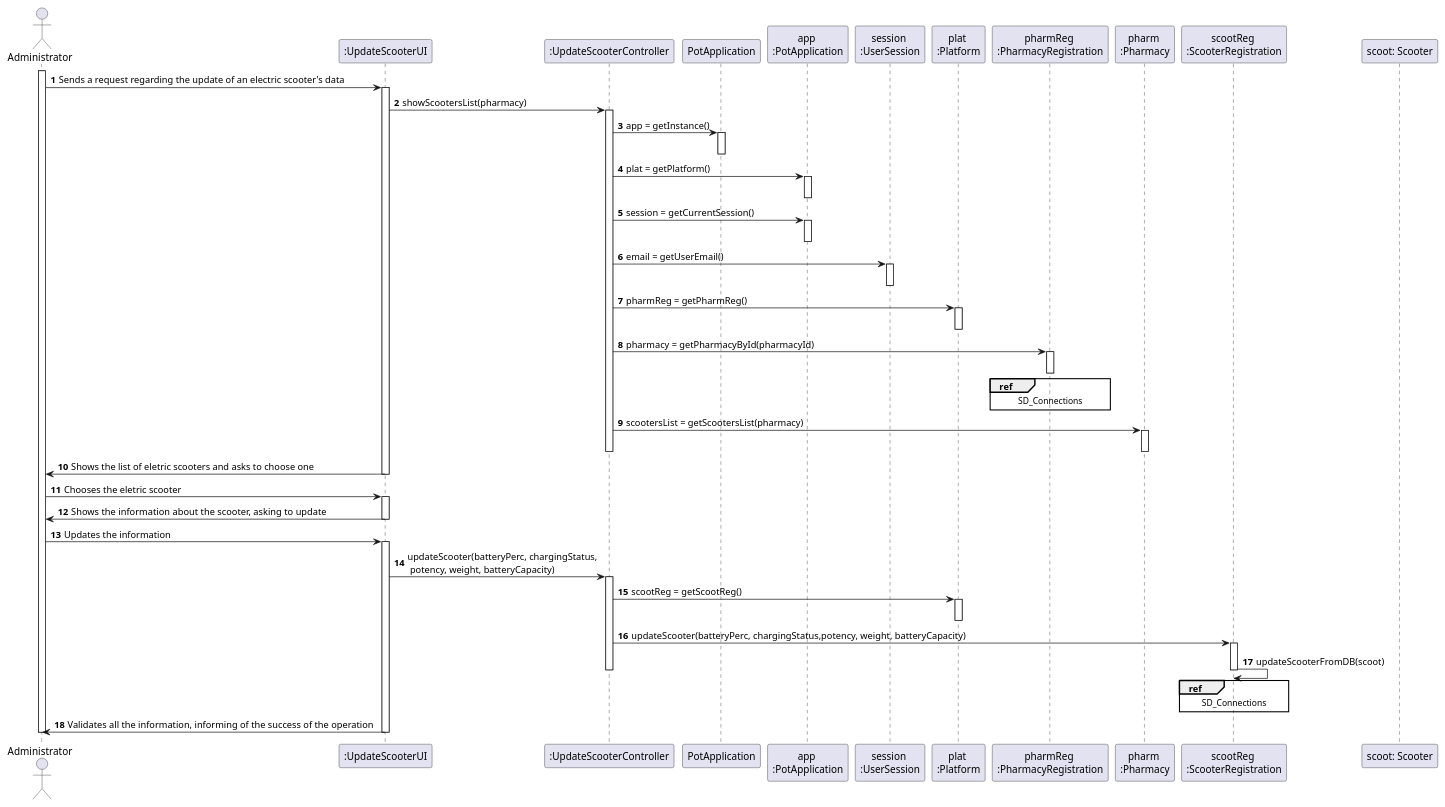
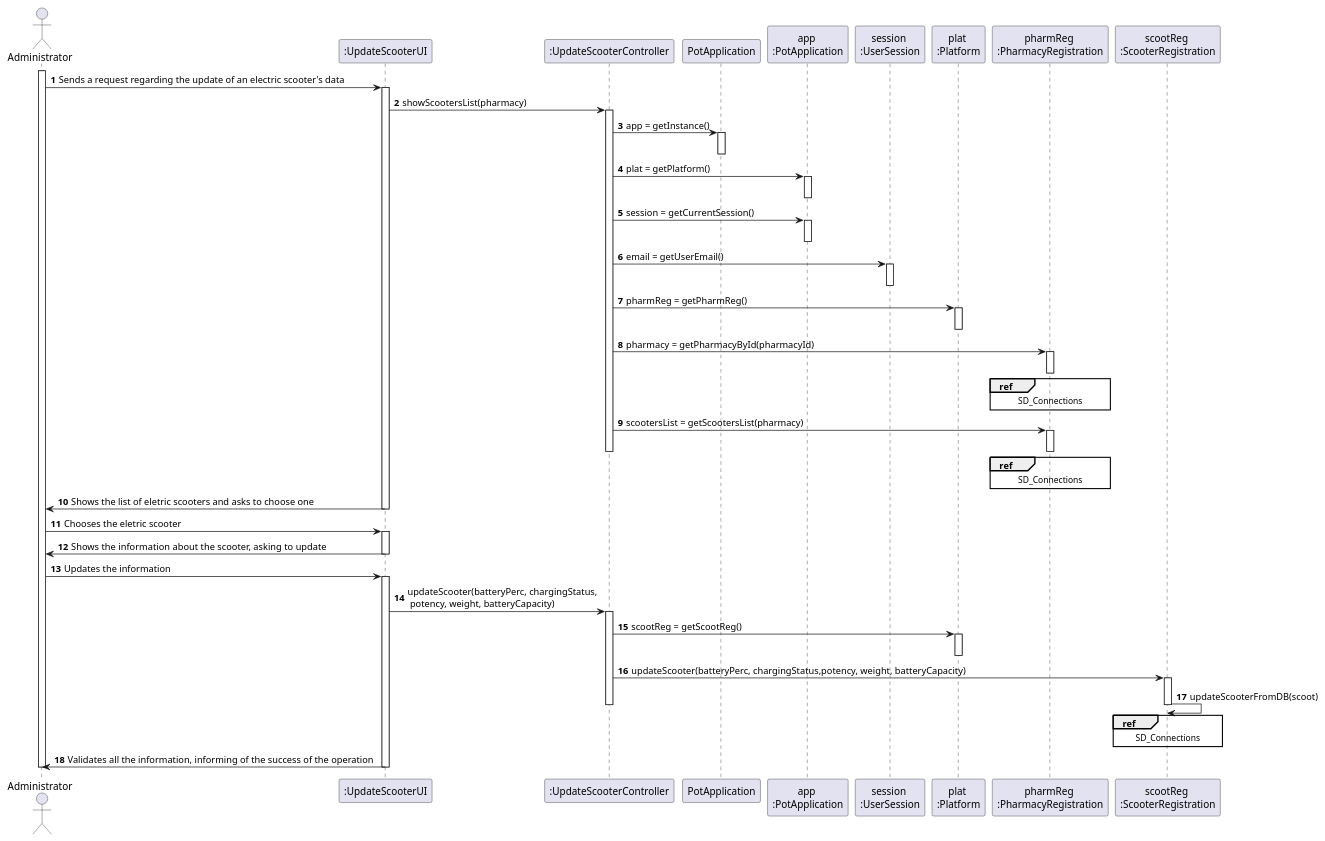
Before and after one commit to tiagoavcosta25/LAPR3: the diagram in docs/Iteration 1/Scooter Management/US32_UpdateScooter/US32_SD.puml, drawn with PlantUML. The commit also changed 3 other files, not shown here.

```diff
--- a/docs/Iteration 1/Scooter Management/US32_UpdateScooter/US32_SD.puml
+++ b/docs/Iteration 1/Scooter Management/US32_UpdateScooter/US32_SD.puml
@@ -1,79 +1,80 @@
 @startuml
 autonumber
 actor "Administrator" as ADMIN
 
 participant ":UpdateScooterUI" as UI
 participant ":UpdateScooterController" as CTRL
 participant "PotApplication" as PA
 participant "app \n:PotApplication" as APA
 participant "session \n:UserSession" as US
 participant "plat \n:Platform" as PLAT
 participant "pharmReg \n:PharmacyRegistration" as PH
-participant "pharm \n:Pharmacy" as PHARM
 participant "scootReg \n:ScooterRegistration" as RS
-participant "scoot: Scooter" as SC
 
 
 
 activate ADMIN
 
 ADMIN -> UI : Sends a request regarding the update of an electric scooter's data
 activate UI
 UI -> CTRL : showScootersList(pharmacy)
 activate CTRL
 CTRL -> PA : app = getInstance()
 activate PA
 deactivate PA
 CTRL -> APA : plat = getPlatform()
 activate APA
 deactivate APA
 CTRL -> APA : session = getCurrentSession()
 activate APA
 deactivate APA
 CTRL -> US : email = getUserEmail()
 activate US
 deactivate US
 CTRL -> PLAT : pharmReg = getPharmReg()
 activate PLAT
 deactivate PLAT
 CTRL -> PH : pharmacy = getPharmacyById(pharmacyId)
 activate PH
 ref over PH
 SD_Connections
 end ref
 deactivate PH
-CTRL -> PHARM : scootersList = getScootersList(pharmacy)
-activate PHARM
-deactivate PHARM
+CTRL -> PH : scootersList = getScootersList(pharmacy)
+activate PH
+ref over PH
+SD_Connections
+end ref
+deactivate PH
 deactivate CTRL
 UI -> ADMIN : Shows the list of eletric scooters and asks to choose one
 deactivate UI
 
 ADMIN -> UI : Chooses the eletric scooter
 activate UI
 
 UI -> ADMIN : Shows the information about the scooter, asking to update
 deactivate UI
 
 ADMIN -> UI : Updates the information
 activate UI
 UI -> CTRL : updateScooter(batteryPerc, chargingStatus,\n potency, weight, batteryCapacity)
 activate CTRL
 CTRL -> PLAT : scootReg = getScootReg()
 activate PLAT
 deactivate PLAT
 CTRL -> RS : updateScooter(batteryPerc, chargingStatus,potency, weight, batteryCapacity)
 activate RS
 RS -> RS : updateScooterFromDB(scoot)
 ref over RS
 SD_Connections
 end ref
 deactivate RS
 deactivate CTRL
 UI -> ADMIN : Validates all the information, informing of the success of the operation
 
 deactivate UI
 
 deactivate ADMIN
 
 @enduml
```
